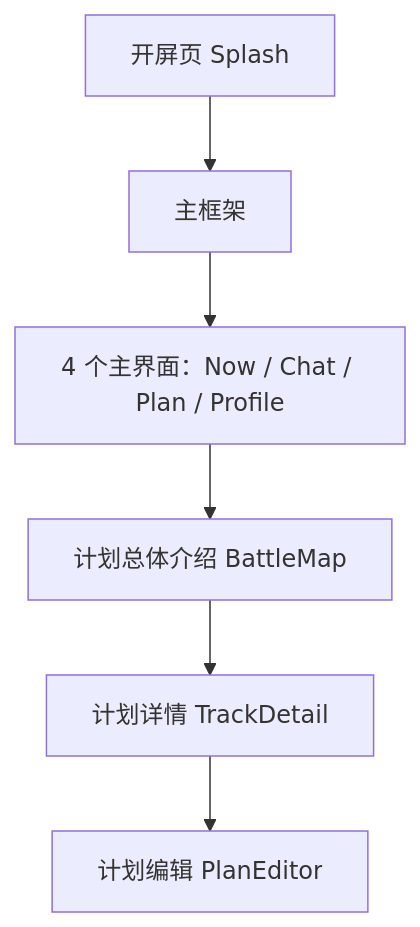
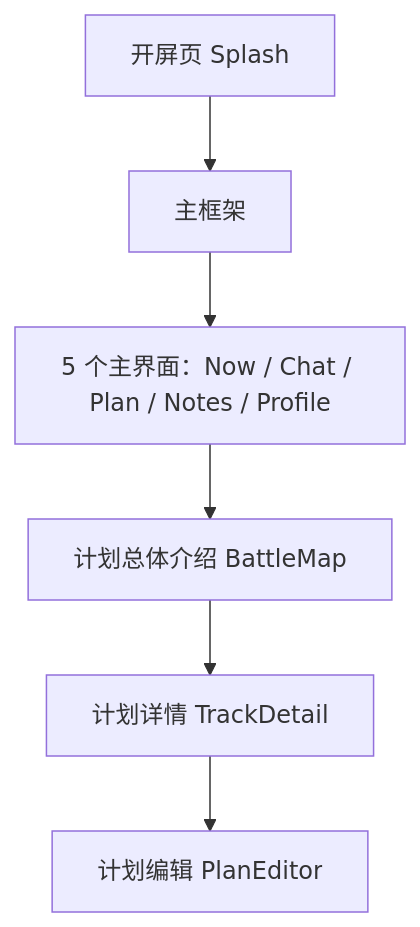
One commit to zh405557524/MakeCodePlanWord changed the first of 15 diagrams in projects/执行力/01-需求/requirements.md. Above: the diagram before and after it, drawn with Mermaid. The commit also changed other lines of this file and 29 other files, not shown here.

````diff
--- a/projects/执行力/01-需求/requirements.md
+++ b/projects/执行力/01-需求/requirements.md
@@ -164,8 +166,8 @@
 ```mermaid
 flowchart TD
     A["开屏页 Splash"] --> B["主框架"]
-    B --> C["4 个主界面：Now / Chat / Plan / Profile"]
+    B --> C["5 个主界面：Now / Chat / Plan / Notes / Profile"]
     C --> D["计划总体介绍 BattleMap"]
     D --> E["计划详情 TrackDetail"]
     E --> F["计划编辑 PlanEditor"]
 ```
````
